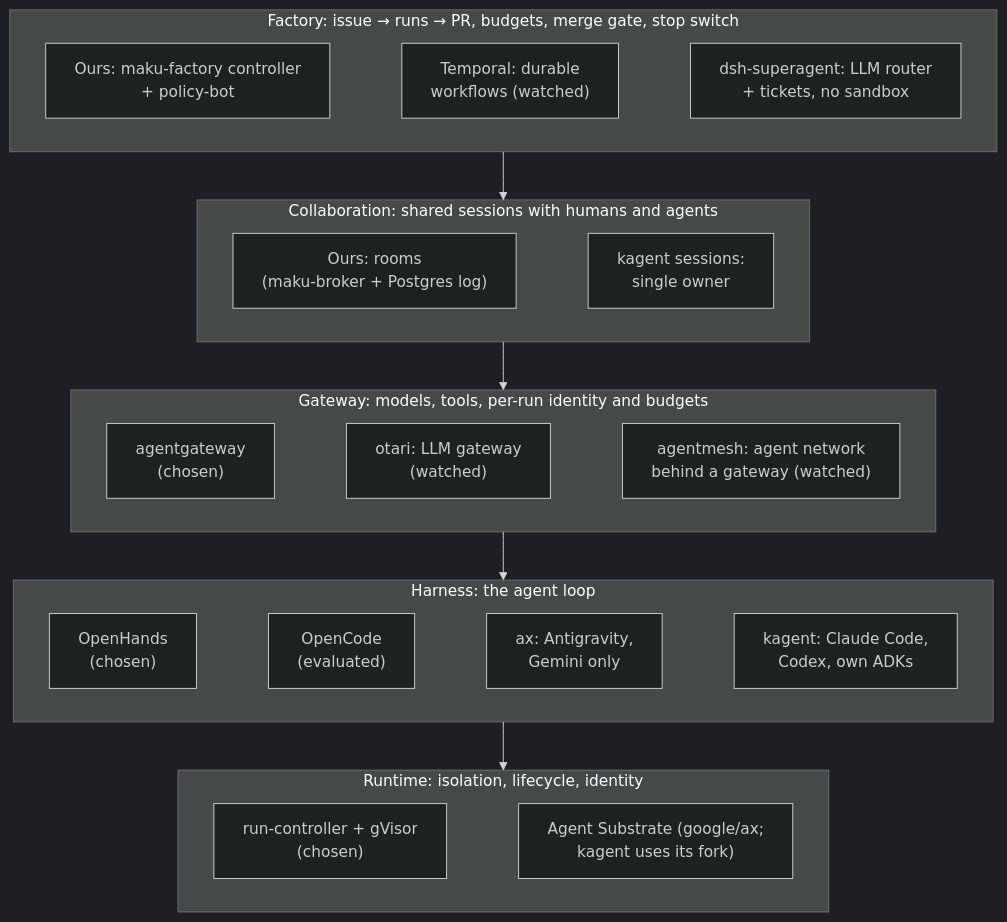
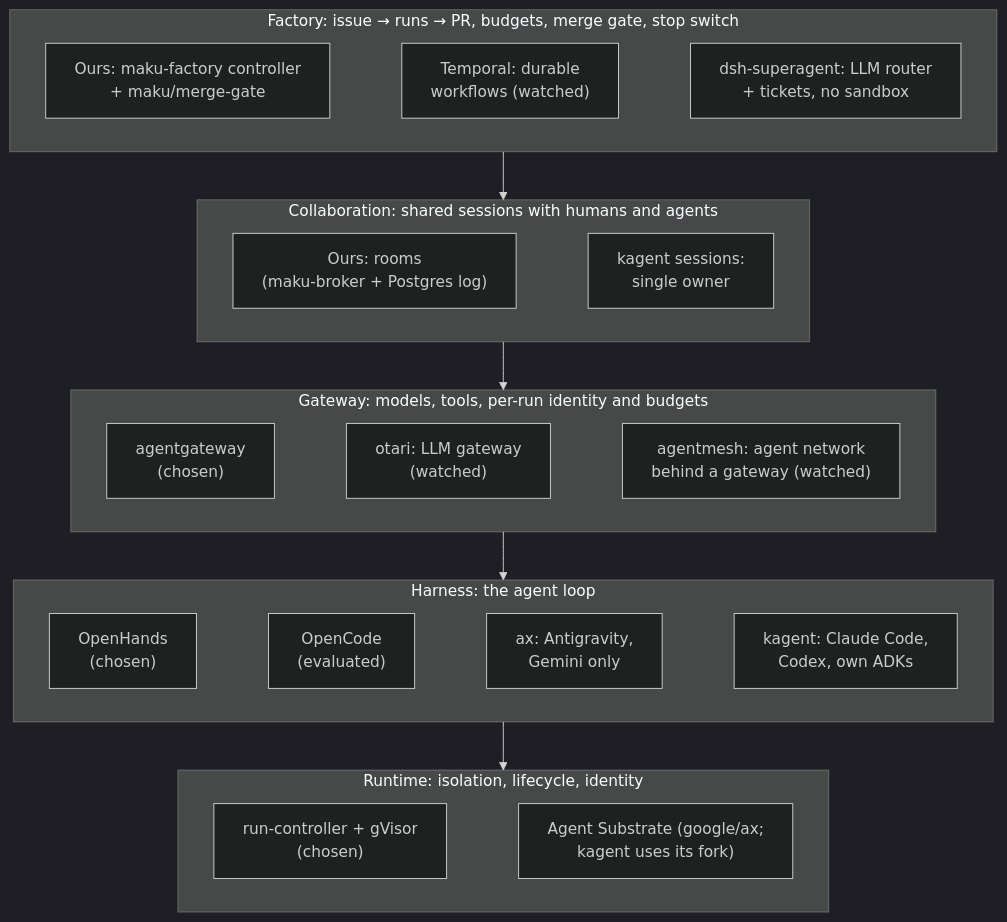
One commit to Smana/ai-native-ref changed the diagram in website/content/docs/how-it-works/alternatives.md. Above: the diagram before and after it, drawn with Mermaid (dark theme). The commit also changed other lines of this file and 7 other files, not shown here.

Commit message:
docs: replace retired MCP names, sessionStart and policy-bot with the current surface

````diff
--- a/website/content/docs/how-it-works/alternatives.md
+++ b/website/content/docs/how-it-works/alternatives.md
@@ -43,25 +43,25 @@
 ```mermaid
 %%{init: {"flowchart": {"wrappingWidth": 400}}}%%
 flowchart TB
   subgraph L5["Factory: issue → runs → PR, budgets, merge gate, stop switch"]
     direction LR
-    F5["Ours: maku-factory controller<br/>+ policy-bot"] ~~~ T5["Temporal: durable<br/>workflows (watched)"] ~~~ D5["dsh-superagent: LLM router<br/>+ tickets, no sandbox"]
+    F5["Ours: maku-factory controller<br/>+ maku/merge-gate"] ~~~ T5["Temporal: durable<br/>workflows (watched)"] ~~~ D5["dsh-superagent: LLM router<br/>+ tickets, no sandbox"]
   end
   subgraph L4["Collaboration: shared sessions with humans and agents"]
     direction LR
     F4["Ours: rooms<br/>(maku-broker + Postgres log)"] ~~~ K4["kagent sessions:<br/>single owner"]
   end
   subgraph L3["Gateway: models, tools, per-run identity and budgets"]
     direction LR
     F3["agentgateway<br/>(chosen)"] ~~~ O3["otari: LLM gateway<br/>(watched)"] ~~~ M3["agentmesh: agent network<br/>behind a gateway (watched)"]
   end
   subgraph L2["Harness: the agent loop"]
     direction LR
     F2["OpenHands<br/>(chosen)"] ~~~ O2C["OpenCode<br/>(evaluated)"] ~~~ A2["ax: Antigravity,<br/>Gemini only"] ~~~ K2["kagent: Claude Code,<br/>Codex, own ADKs"]
   end
   subgraph L1["Runtime: isolation, lifecycle, identity"]
     direction LR
     F1["run-controller + gVisor<br/>(chosen)"] ~~~ S1["Agent Substrate (google/ax;<br/>kagent uses its fork)"]
   end
   L5 --> L4 --> L3 --> L2 --> L1
 ```
````
